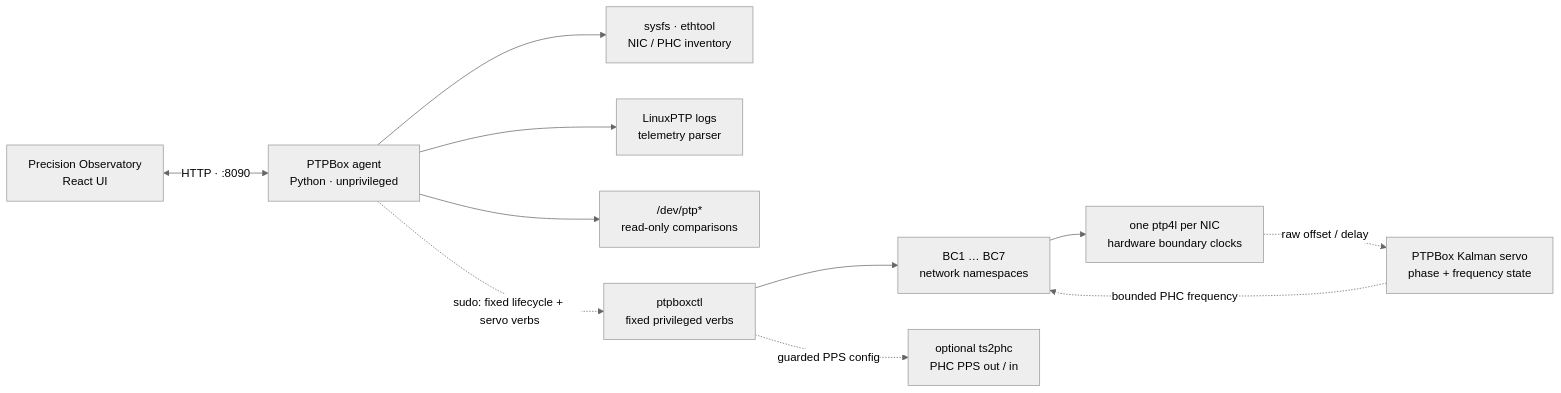
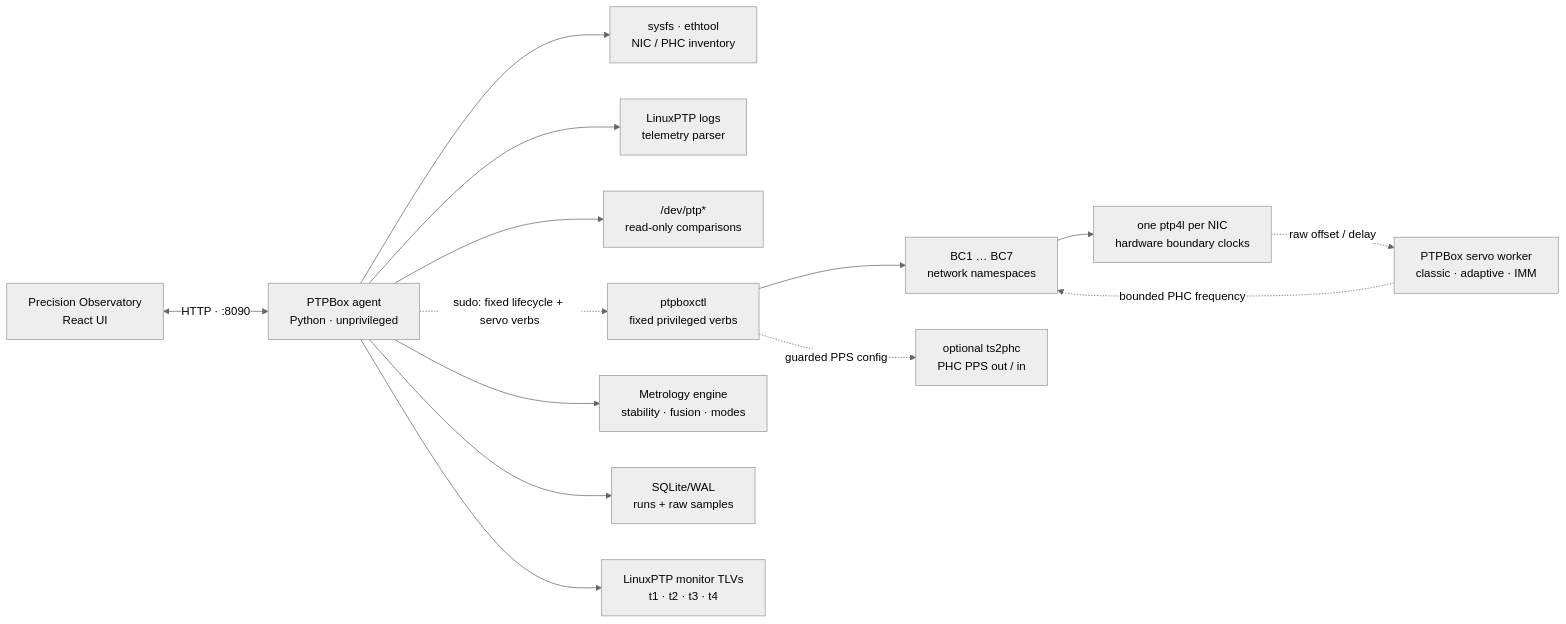
The diagram in README.md (ahmadexp/PTPBox), drawn with Mermaid (neutral theme) before and after one commit. The commit also changed other lines of this file and 38 other files, not shown here.

````diff
--- a/README.md
+++ b/README.md
@@ -215,23 +261,29 @@
 ```mermaid
 flowchart LR
     Browser["Precision Observatory\nReact UI"]
     Agent["PTPBox agent\nPython · unprivileged"]
     Inventory["sysfs · ethtool\nNIC / PHC inventory"]
     Logs["LinuxPTP logs\ntelemetry parser"]
     PHCs["/dev/ptp*\nread-only comparisons"]
     Helper["ptpboxctl\nfixed privileged verbs"]
-    Kalman["PTPBox Kalman servo\nphase + frequency state"]
+    Research["Metrology engine\nstability · fusion · modes"]
+    Store["SQLite/WAL\nruns + raw samples"]
+    Events["LinuxPTP monitor TLVs\nt1 · t2 · t3 · t4"]
+    Kalman["PTPBox servo worker\nclassic · adaptive · IMM"]
     NS["BC1 … BC7\nnetwork namespaces"]
     PTP["one ptp4l per NIC\nhardware boundary clocks"]
 
     Browser <-->|"HTTP · :8090"| Agent
     Agent --> Inventory
     Agent --> Logs
     Agent --> PHCs
+    Agent --> Events
+    Agent --> Research
+    Agent --> Store
     Agent -. "sudo: fixed lifecycle + servo verbs" .-> Helper
     Helper --> NS
     NS --> PTP
     PTP -. "raw offset / delay" .-> Kalman
     Kalman -. "bounded PHC frequency" .-> NS
     Helper -. "guarded PPS config" .-> PPS["optional ts2phc\nPHC PPS out / in"]
 ```
````
